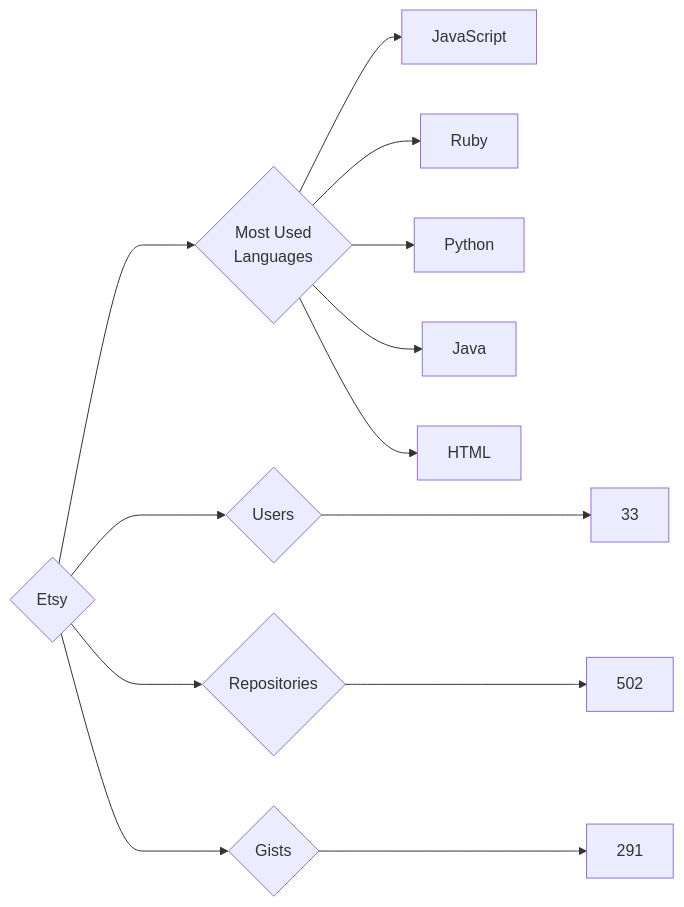
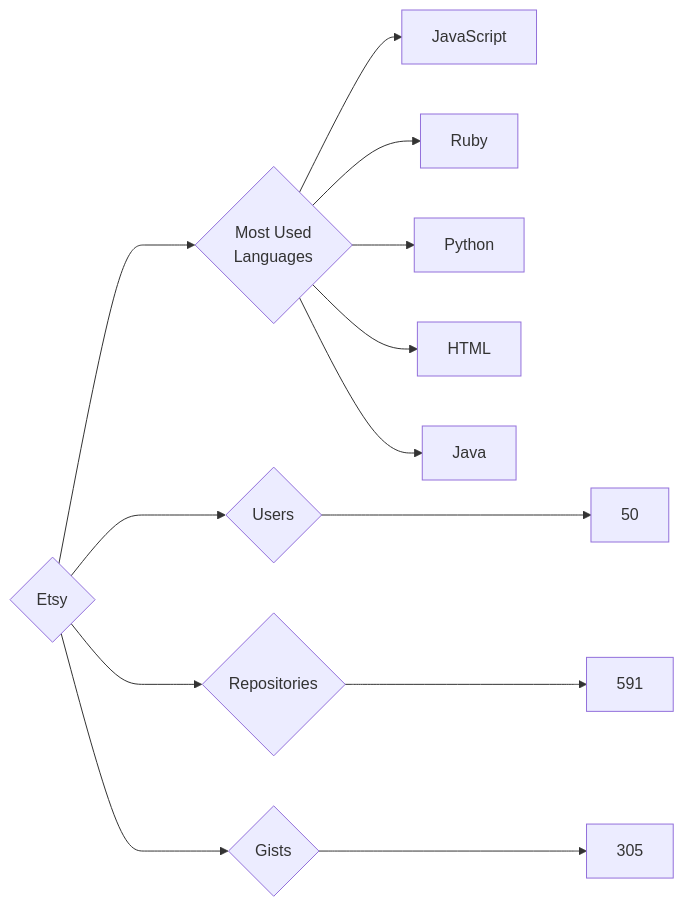
Before and after one commit to trickest/insiders: the diagram in targets/Etsy/README.md, drawn with Mermaid. The commit also changed 782 other files, not shown here.

````diff
--- a/targets/Etsy/README.md
+++ b/targets/Etsy/README.md
@@ -3,13 +3,13 @@
 ```mermaid
 graph LR
 COMPANY_NAME{Etsy}
-COMPANY_NAME ---> U{Users} ---> UN[33]
-COMPANY_NAME ---> R{Repositories} ---> RN[502]
-COMPANY_NAME ---> G{Gists} ---> GN[291]
+COMPANY_NAME ---> U{Users} ---> UN[50]
+COMPANY_NAME ---> R{Repositories} ---> RN[591]
+COMPANY_NAME ---> G{Gists} ---> GN[305]
 COMPANY_NAME ---> ML{Most Used<br>Languages}
 ML --> JavaScript[JavaScript]
 ML --> Ruby[Ruby]
 ML --> Python[Python]
+ML --> HTML[HTML]
 ML --> Java[Java]
-ML --> HTML[HTML]
 ```
````
